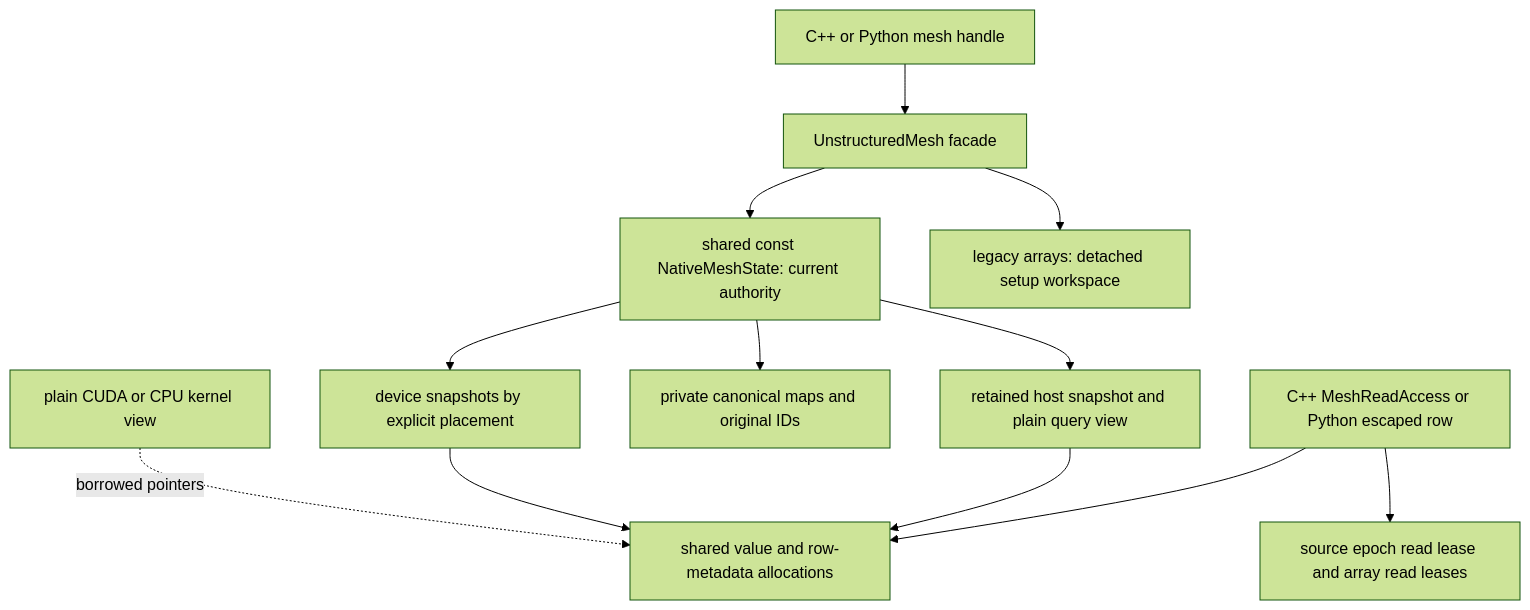
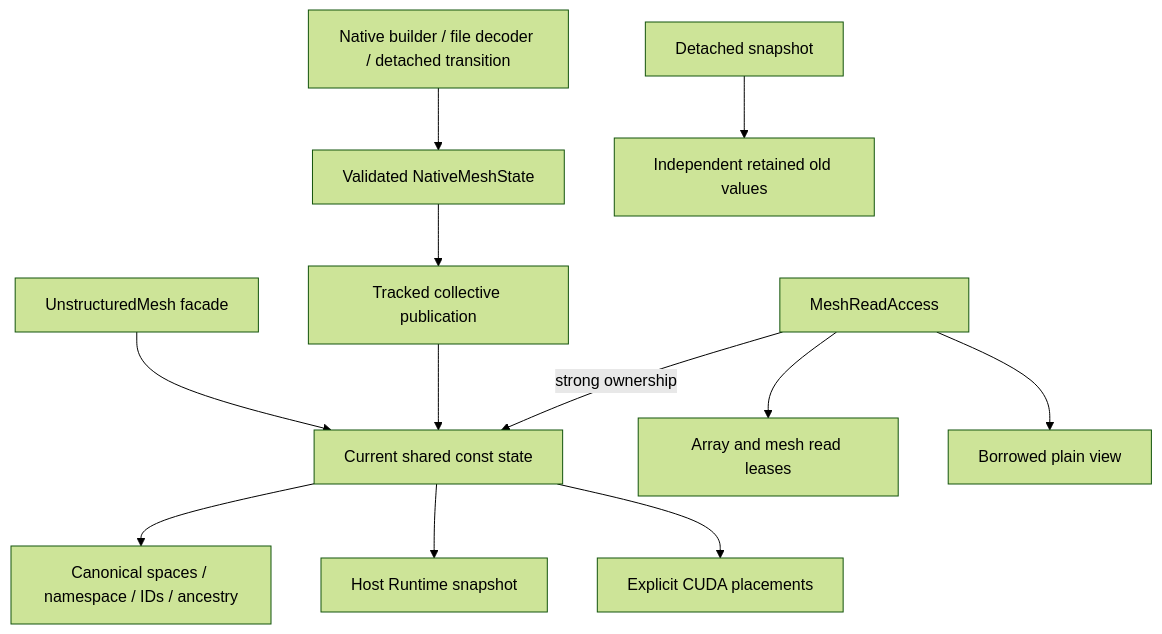
The diagram in docs/architecture/NativeMeshPublication.md (harryzhou2000/DNDSR), drawn with Mermaid (forest theme) before and after one commit. The commit also changed other lines of this file and 208 other files, not shown here.

````diff
--- a/docs/architecture/NativeMeshPublication.md
+++ b/docs/architecture/NativeMeshPublication.md
@@ -10,14 +8,14 @@
 ```mermaid
 flowchart TD
-  cpp[C++ or Python mesh handle] --> mesh[UnstructuredMesh facade]
-  mesh --> native[shared const NativeMeshState: current authority]
-  mesh --> workspace[legacy arrays: detached setup workspace]
-  native --> host[retained host snapshot and plain query view]
-  native --> placed[device snapshots by explicit placement]
-  native --> maps[private canonical maps and original IDs]
-  read[C++ MeshReadAccess or Python escaped row] --> nativeValues[shared value and row-metadata allocations]
-  host --> nativeValues
-  placed --> nativeValues
-  read --> lease[source epoch read lease and array read leases]
-  kernel[plain CUDA or CPU kernel view] -. borrowed pointers .-> nativeValues
+    input[Native builder / file decoder / detached transition] --> candidate[Validated NativeMeshState]
+    candidate --> publish[Tracked collective publication]
+    facade[UnstructuredMesh facade] --> current[Current shared const state]
+    publish --> current
+    current --> maps[Canonical spaces / namespace / IDs / ancestry]
+    current --> host[Host Runtime snapshot]
+    current --> device[Explicit CUDA placements]
+    scope[MeshReadAccess] -->|strong ownership| current
+    scope --> leases[Array and mesh read leases]
+    scope --> view[Borrowed plain view]
+    old[Detached snapshot] --> oldvalues[Independent retained old values]
 ```
````
